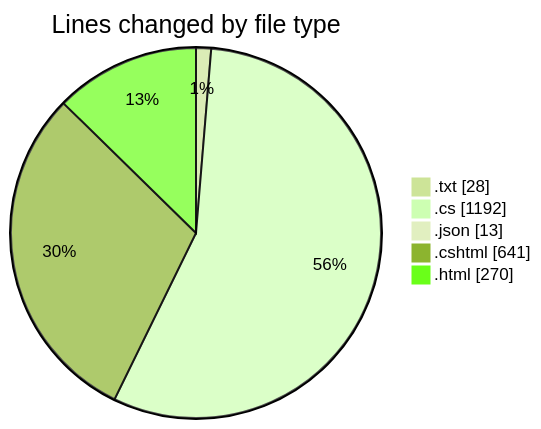
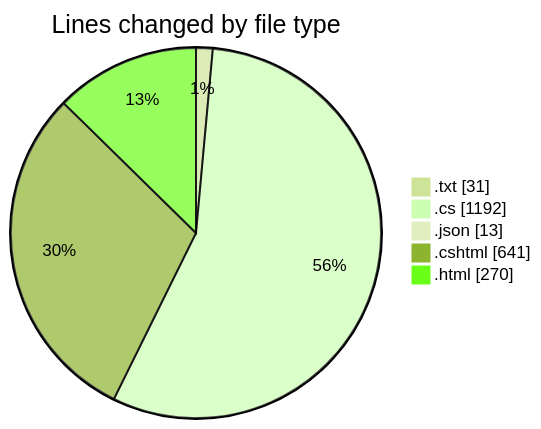
Before and after one commit to lephambinh05/code-tracking: the first of 2 diagrams in 2025-07-27/quanlyrapchieuphim-1/README.md, drawn with Mermaid (forest theme). The commit also changed other lines of this file and 1 other file, not shown here.

````diff
--- a/2025-07-27/quanlyrapchieuphim-1/README.md
+++ b/2025-07-27/quanlyrapchieuphim-1/README.md
@@ -30,9 +30,9 @@
 ```mermaid
 pie showData
 title Lines changed by file type
-".txt" : 28
+".txt" : 31
 ".cs" : 1192
 ".json" : 13
 ".cshtml" : 641
 ".html" : 270
 ```
````
